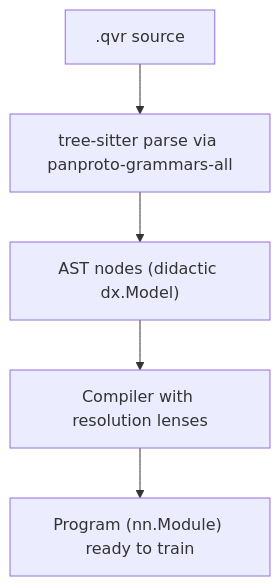
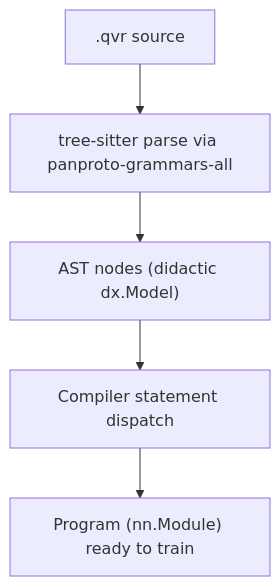
The diagram in docs/guides/dsl-overview.md (FACTSlab/quivers), drawn with Mermaid before and after one commit. The commit also changed other lines of this file and 132 other files, not shown here.

````diff
--- a/docs/guides/dsl-overview.md
+++ b/docs/guides/dsl-overview.md
@@ -64,9 +64,9 @@
 ```mermaid
 flowchart TB
     SRC[".qvr source"]
     PARSE["tree-sitter parse via panproto-grammars-all"]
     AST["AST nodes (didactic dx.Model)"]
-    COMPILER["Compiler with resolution lenses"]
+    COMPILER["Compiler statement dispatch"]
     PROG["Program (nn.Module) ready to train"]
     SRC --> PARSE --> AST --> COMPILER --> PROG
 ```
````
